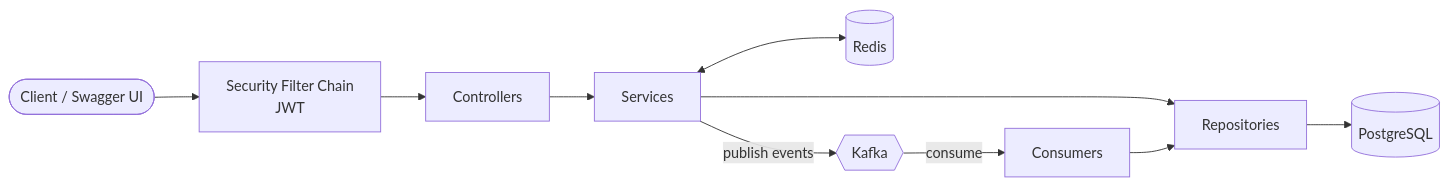
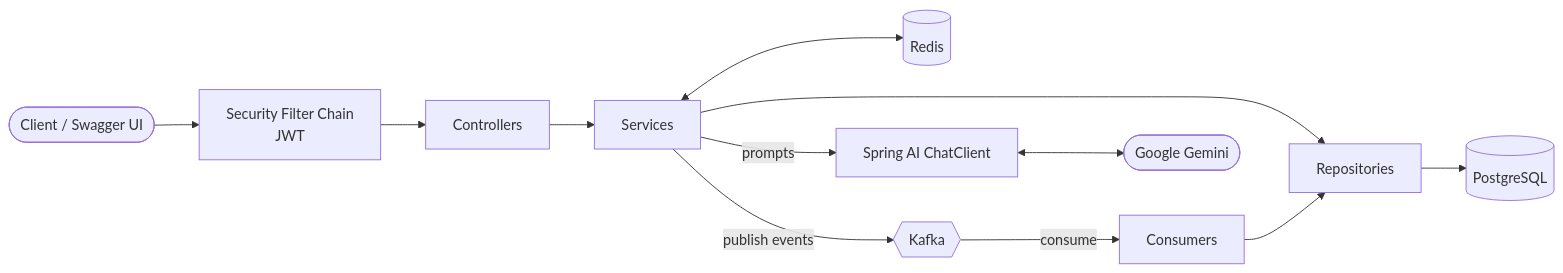
One commit to efeerturk7/intelliCar changed the diagram in README.md. Above: the diagram before and after it, drawn with Mermaid. The commit also changed other lines of this file and 14 other files, not shown here.

Commit message:
feat: add Spring AI (Gemini) budget recommendations and price estimation

````diff
--- a/README.md
+++ b/README.md
@@ -79,12 +84,14 @@
 ```mermaid
 flowchart LR
     Client([Client / Swagger UI]) --> Sec[Security Filter Chain<br/>JWT]
     Sec --> C[Controllers]
     C --> S[Services]
     S --> R[Repositories]
     R --> DB[(PostgreSQL)]
     S <--> Cache[(Redis)]
     S -- publish events --> K{{Kafka}}
     K -- consume --> CO[Consumers]
     CO --> R
+    S -- prompts --> AI[Spring AI ChatClient]
+    AI <--> G([Google Gemini])
 ```
````
